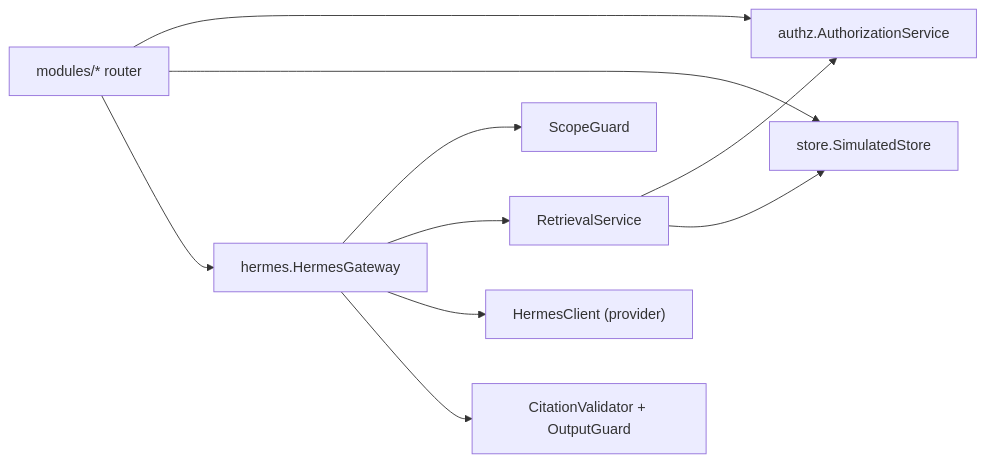
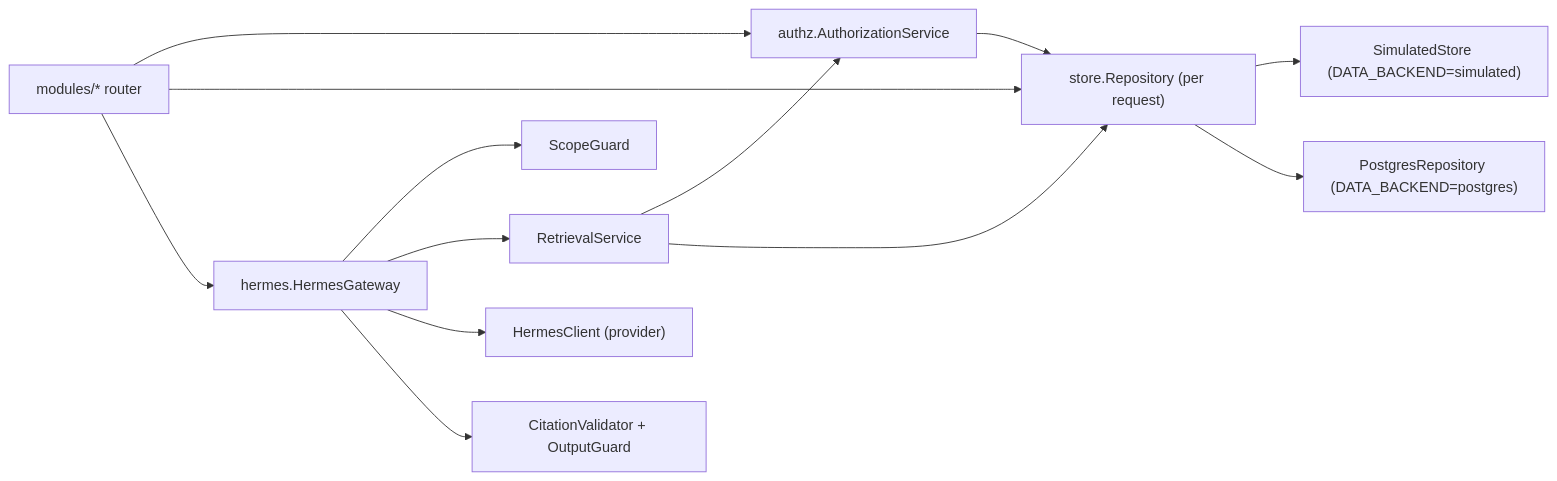
Before and after one commit to jundy779/SUNOVATE: the diagram in docs/03-architecture/component-architecture.md, drawn with Mermaid. The commit also changed other lines of this file and 17 other files, not shown here.

````diff
--- a/docs/03-architecture/component-architecture.md
+++ b/docs/03-architecture/component-architecture.md
@@ -21,12 +21,15 @@
 ```mermaid
 flowchart LR
     R["modules/* router"] --> AZ["authz.AuthorizationService"]
-    R --> ST["store.SimulatedStore"]
+    R --> REPO["store.Repository (per request)"]
     R --> HG["hermes.HermesGateway"]
     HG --> SG["ScopeGuard"]
     HG --> RS["RetrievalService"]
     RS --> AZ
-    RS --> ST
+    RS --> REPO
+    AZ --> REPO
+    REPO --> SIM["SimulatedStore (DATA_BACKEND=simulated)"]
+    REPO --> PGR["PostgresRepository (DATA_BACKEND=postgres)"]
     HG --> HC["HermesClient (provider)"]
     HG --> CV["CitationValidator + OutputGuard"]
 ```
````
